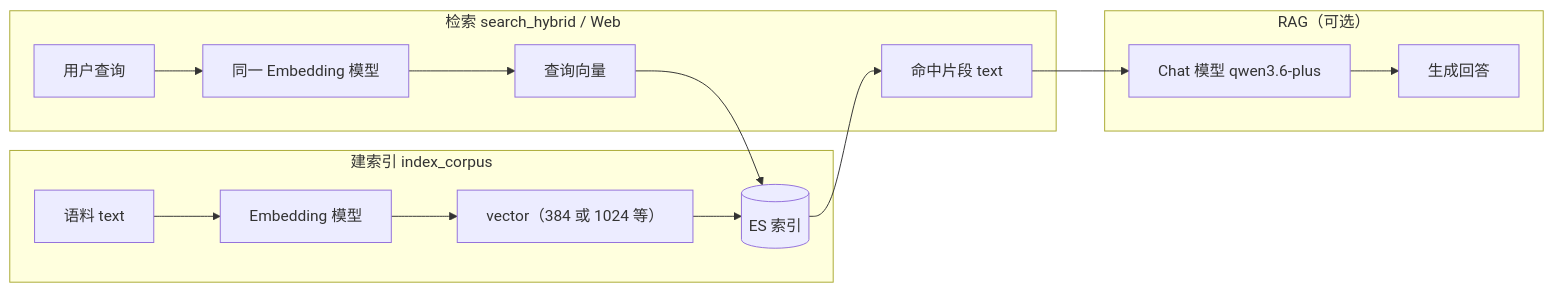
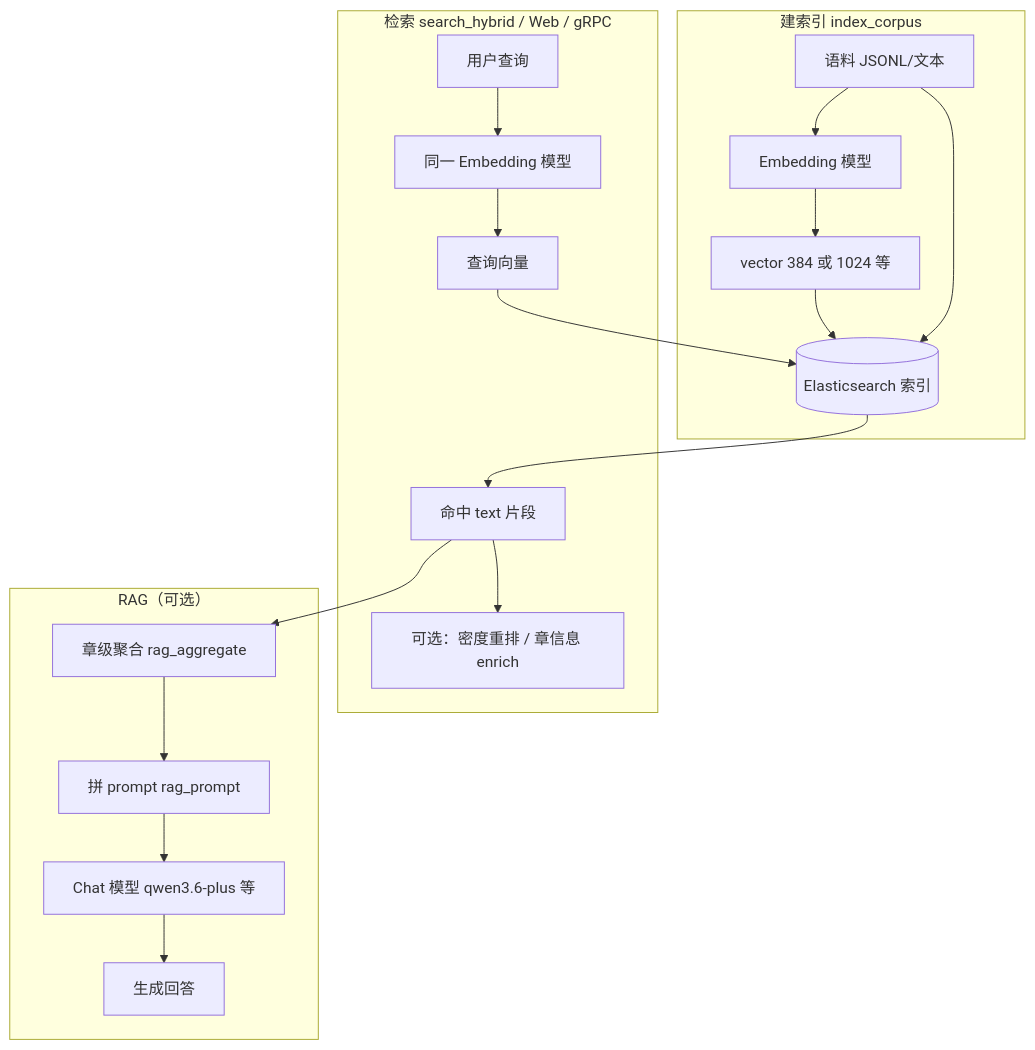
The first of 4 diagrams in README.md (muzhepei/Lite-RAG), drawn with Mermaid before and after one commit. The commit also changed other lines of this file, not shown here.

````diff
--- a/README.md
+++ b/README.md
@@ -30,18 +46,24 @@
 ```mermaid
-flowchart LR
-  subgraph index["建索引 index_corpus"]
-    A[语料 text] --> B[Embedding 模型]
-    B --> C["vector（384 或 1024 等）"]
-    C --> D[(ES 索引)]
+flowchart TB
+  subgraph ingest["建索引 index_corpus"]
+    A[语料 JSONL/文本] --> B[Embedding 模型]
+    B --> C["vector 384 或 1024 等"]
+    C --> D[(Elasticsearch 索引)]
+    A --> D
   end
-  subgraph search["检索 search_hybrid / Web"]
+
+  subgraph query["检索 search_hybrid / Web / gRPC"]
     E[用户查询] --> F[同一 Embedding 模型]
     F --> G[查询向量]
     G --> D
-    D --> H[命中片段 text]
+    D --> H[命中 text 片段]
+    H --> I[可选：密度重排 / 章信息 enrich]
   end
+
   subgraph rag["RAG（可选）"]
-    H --> I["Chat 模型 qwen3.6-plus"]
-    I --> J[生成回答]
+    H --> J[章级聚合 rag_aggregate]
+    J --> K[拼 prompt rag_prompt]
+    K --> L["Chat 模型 qwen3.6-plus 等"]
+    L --> M[生成回答]
   end
 ```
````
